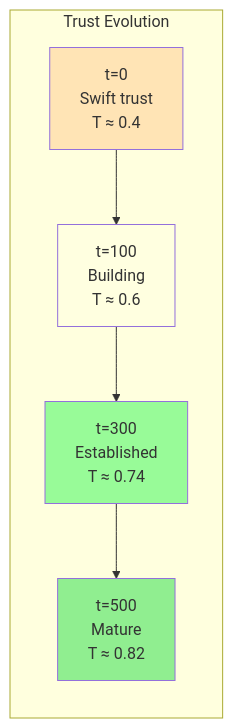
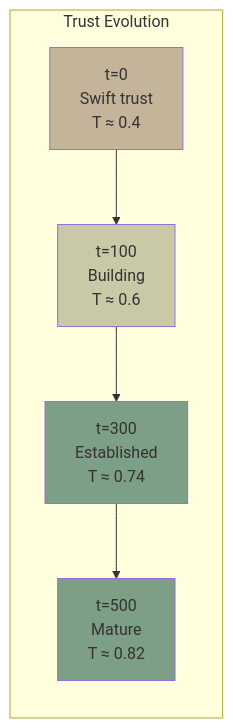
The second of 2 diagrams in docs/tutorials/getting-started.md (ScopeCreep-zip/Symbiont), drawn with Mermaid before and after one commit. The commit also changed 17 other files, not shown here.

Commit message:
update to diagram colors

````diff
--- a/docs/tutorials/getting-started.md
+++ b/docs/tutorials/getting-started.md
@@ -175,16 +175,16 @@
 ```mermaid
 graph LR
     subgraph "Trust Evolution"
         T0["t=0<br/>Swift trust<br/>T ≈ 0.4"]
         T100["t=100<br/>Building<br/>T ≈ 0.6"]
         T300["t=300<br/>Established<br/>T ≈ 0.74"]
         T500["t=500<br/>Mature<br/>T ≈ 0.82"]
     end
 
     T0 --> T100 --> T300 --> T500
 
-    style T0 fill:#FFE4B5
-    style T100 fill:#FFFFE0
-    style T300 fill:#98FB98
-    style T500 fill:#90EE90
+    style T0 fill:#c4b49a
+    style T100 fill:#c9c9a8
+    style T300 fill:#7d9f85
+    style T500 fill:#7d9f85
 ```
````
